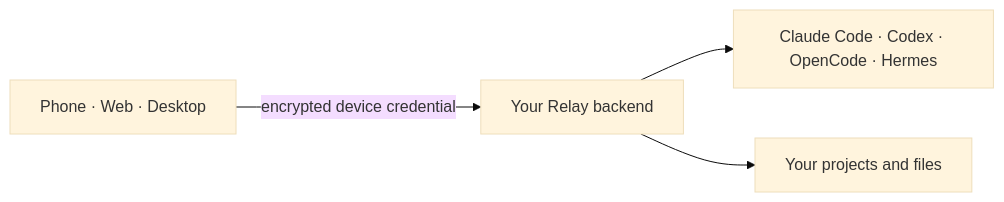
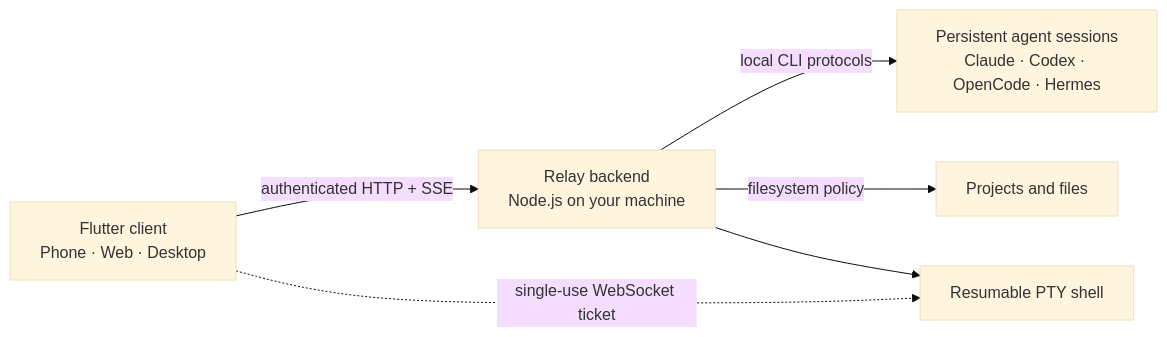
Before and after one commit to elin66alpha/AgentDeck: the diagram in README.md, drawn with Mermaid (base theme). The commit also changed other lines of this file and 6 other files, not shown here.

````diff
--- a/README.md
+++ b/README.md
@@ -23,6 +67,14 @@
 ```mermaid
 flowchart LR
-    C["Phone · Web · Desktop"] -->|"encrypted device credential"| B["Your Relay backend"]
-    B --> A["Claude Code · Codex · OpenCode · Hermes"]
-    B --> F["Your projects and files"]
+    C["Flutter client<br/>Phone · Web · Desktop"]
+    R["Relay backend<br/>Node.js on your machine"]
+    A["Persistent agent sessions<br/>Claude · Codex · OpenCode · Hermes"]
+    F["Projects and files"]
+    T["Resumable PTY shell"]
+
+    C -->|"authenticated HTTP + SSE"| R
+    R -->|"local CLI protocols"| A
+    R -->|"filesystem policy"| F
+    C -. "single-use WebSocket ticket" .-> T
+    R --> T
 ```
````
